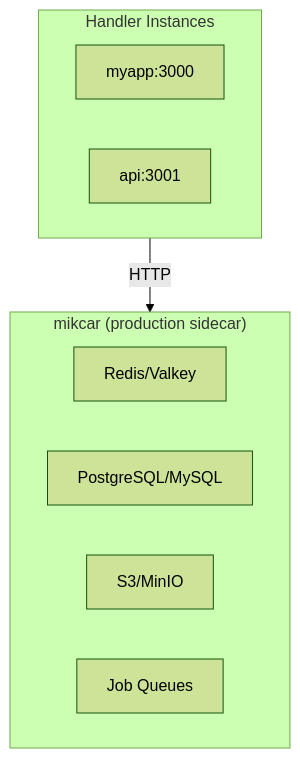
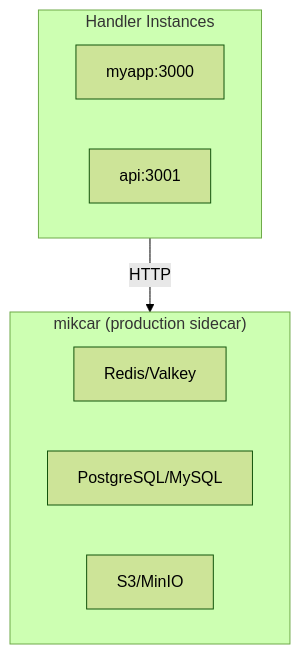
Before and after one commit to dufeutech/mik: the second of 3 diagrams in docs/src/content/docs/guides/daemon.mdx, drawn with Mermaid (forest theme). The commit also changed 12 other files, not shown here.

````diff
--- a/docs/src/content/docs/guides/daemon.mdx
+++ b/docs/src/content/docs/guides/daemon.mdx
@@ -56,16 +56,15 @@
 ```mermaid
 flowchart TB
     subgraph Mikcar["mikcar (production sidecar)"]
         Redis["Redis/Valkey"]
         Postgres["PostgreSQL/MySQL"]
         S3["S3/MinIO"]
-        Queue["Job Queues"]
     end
 
     subgraph Handlers["Handler Instances"]
         H1["myapp:3000"]
         H2["api:3001"]
     end
 
     Handlers -->|HTTP| Mikcar
 ```
````
